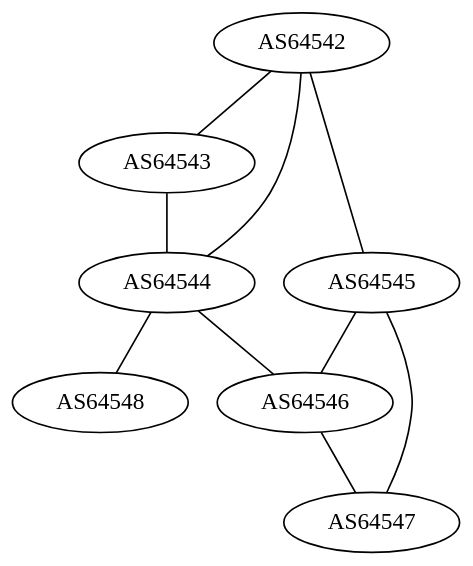
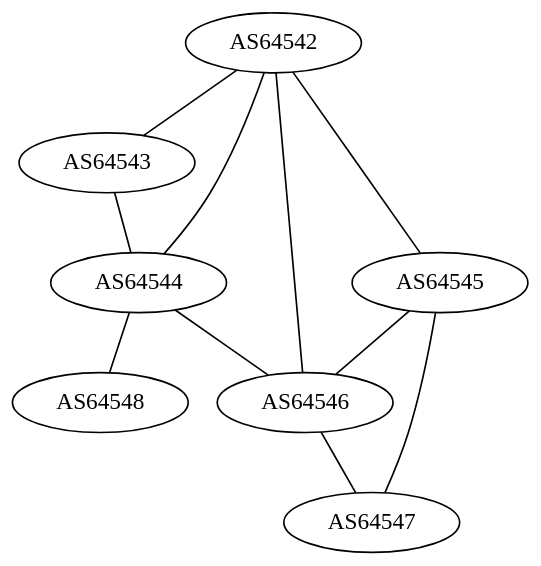
The diagram in as-graph.dot (GLaNET/resources), drawn with Graphviz before and after one commit.

Commit message:
New peering between AS64542 and AS64546

```diff
--- a/as-graph.dot
+++ b/as-graph.dot
@@ -1,25 +1,26 @@
 graph GLaNET
 {
         edge [len=2];
         graph [bgcolor=transparent]
 
         //AS64540 [shape=box];
         //AS64540 [label="Caribou Route Server\nAS64540"];
         //AS64540 -- AS64542;
         //AS64540 -- AS64544;
         //AS64540 -- AS64543;
 
         AS64542 -- AS64543;
         AS64542 -- AS64544; // [label="1"];
         AS64542 -- AS64545;
+        AS64542 -- AS64546;
 
         AS64543 -- AS64544;
 
         AS64544 -- AS64546;
         AS64544 -- AS64548;
 
         AS64545 -- AS64546;
         AS64545 -- AS64547;
 
         AS64546 -- AS64547;
 }
```
